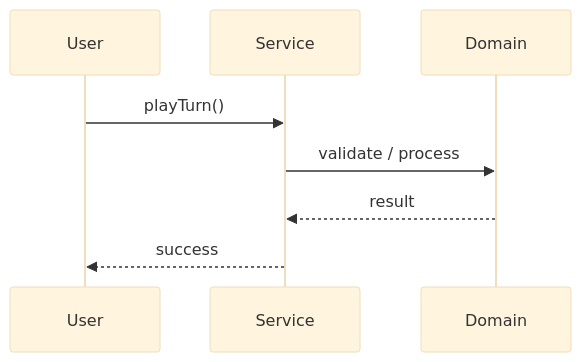
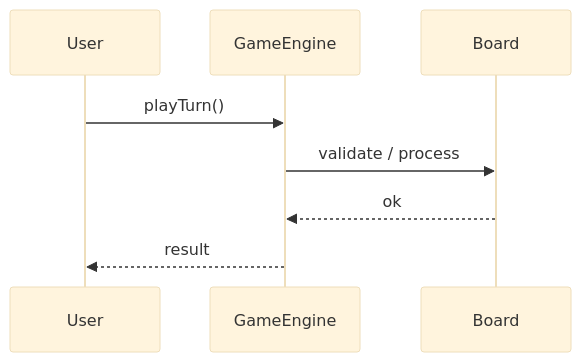
Before and after one commit to madhupaila/Interview-Prep-SSE: the second of 3 diagrams in Learn/System Design - Low Level Design/02-classic-ood/questions/Q08-snake-and-ladder.md, drawn with Mermaid (base theme). The commit also changed other lines of this file and 491 other files, not shown here.

````diff
--- a/Learn/System Design - Low Level Design/02-classic-ood/questions/Q08-snake-and-ladder.md
+++ b/Learn/System Design - Low Level Design/02-classic-ood/questions/Q08-snake-and-ladder.md
@@ -122,10 +150,10 @@
 ```mermaid
 sequenceDiagram
-    participant U as User
-    participant S as Service
-    participant D as Domain
-    U->>S: playTurn()
-    S->>D: validate / process
-    D-->>S: result
-    S-->>U: success
+participant U as User
+participant S as GameEngine
+participant D as Board
+U->>S: playTurn()
+S->>D: validate / process
+D-->>S: ok
+S-->>U: result
 ```
````
